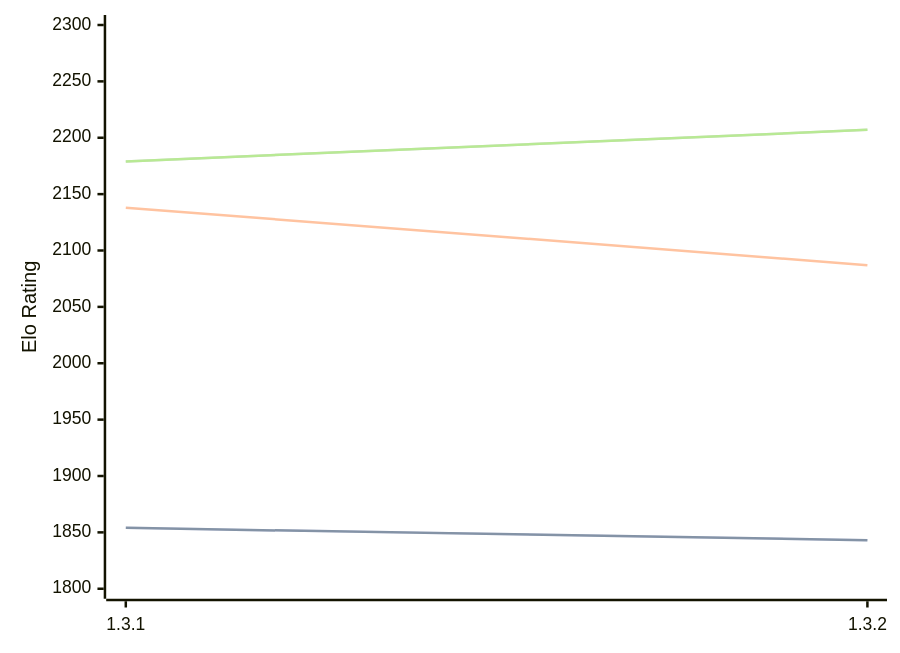
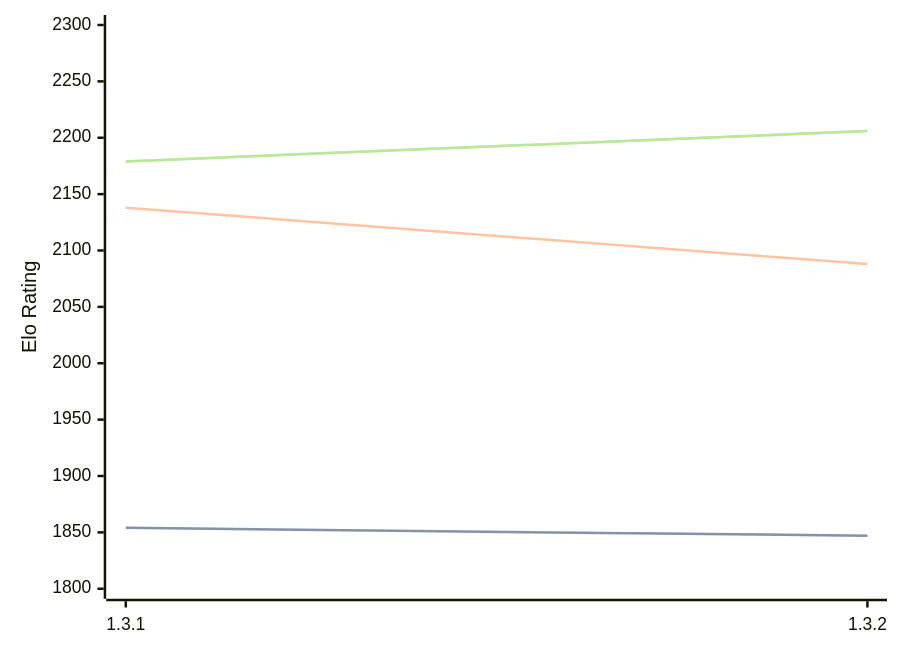
The diagram in engines/Zugblitz.md (computer-chess-index/cci), drawn with Mermaid before and after one commit. The commit also changed other lines of this file, not shown here.

Commit message:
Update CCI Ratings (ELO VLTC) - 2026-08-20

````diff
--- a/engines/Zugblitz.md
+++ b/engines/Zugblitz.md
@@ -32,11 +32,11 @@
 ```mermaid
 %%{init: {"theme":"base","themeVariables":{"seriesColors:['#a3a3a3','#222221','#faa371']}}}%%
 xychart-beta
   x-axis ["1.3.1", "1.3.2"]
   y-axis "Elo Rating" 1800 --> 2300
-  line "STC (8.0+0.08s)" [1854, 1843]
-  line "STC (8.0+0.08s)" [1854, 1843]
-  line "LTC (60.0+0.60s)" [2138, 2087]
-  line "VLTC (2m24s+1.12s)" [2179, 2207]
-  line "VLTC (2m24s+1.12s)" [2179, 2207]
+  line "STC (8.0+0.08s)" [1854, 1847]
+  line "STC (8.0+0.08s)" [1854, 1847]
+  line "LTC (60.0+0.60s)" [2138, 2088]
+  line "VLTC (2m24s+1.12s)" [2179, 2206]
+  line "VLTC (2m24s+1.12s)" [2179, 2206]
 ```
````
